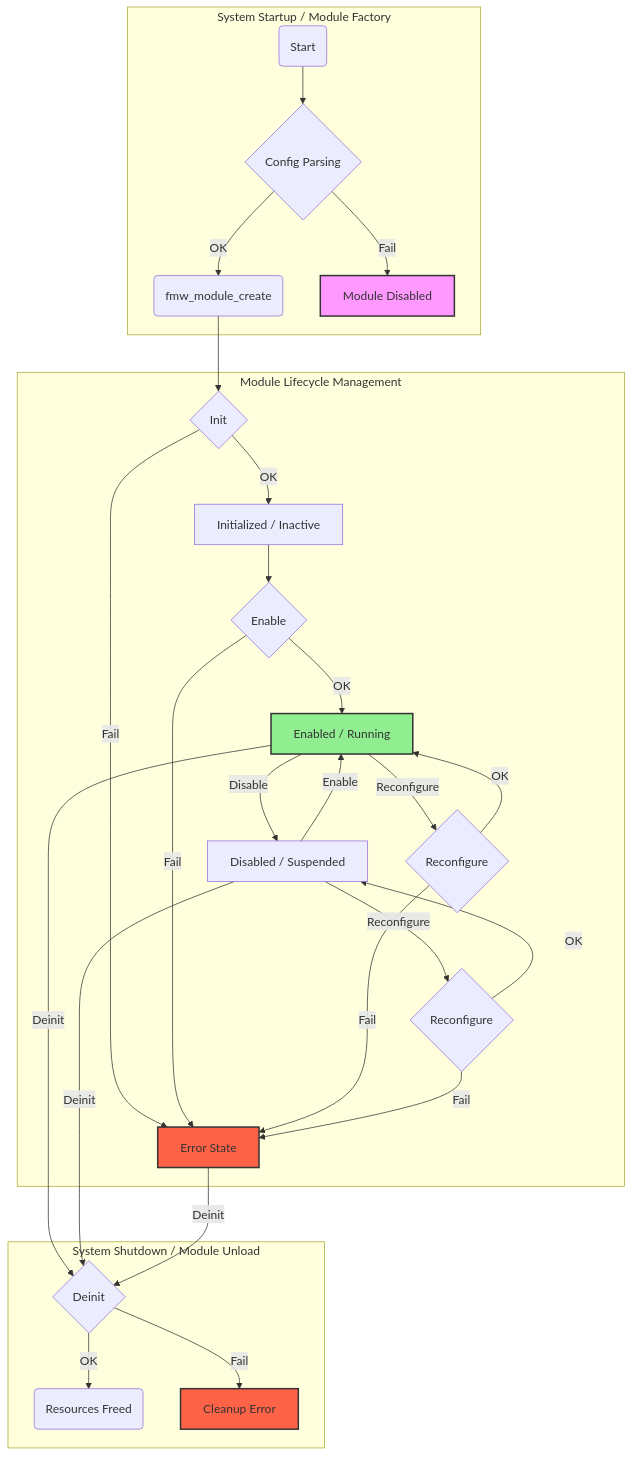
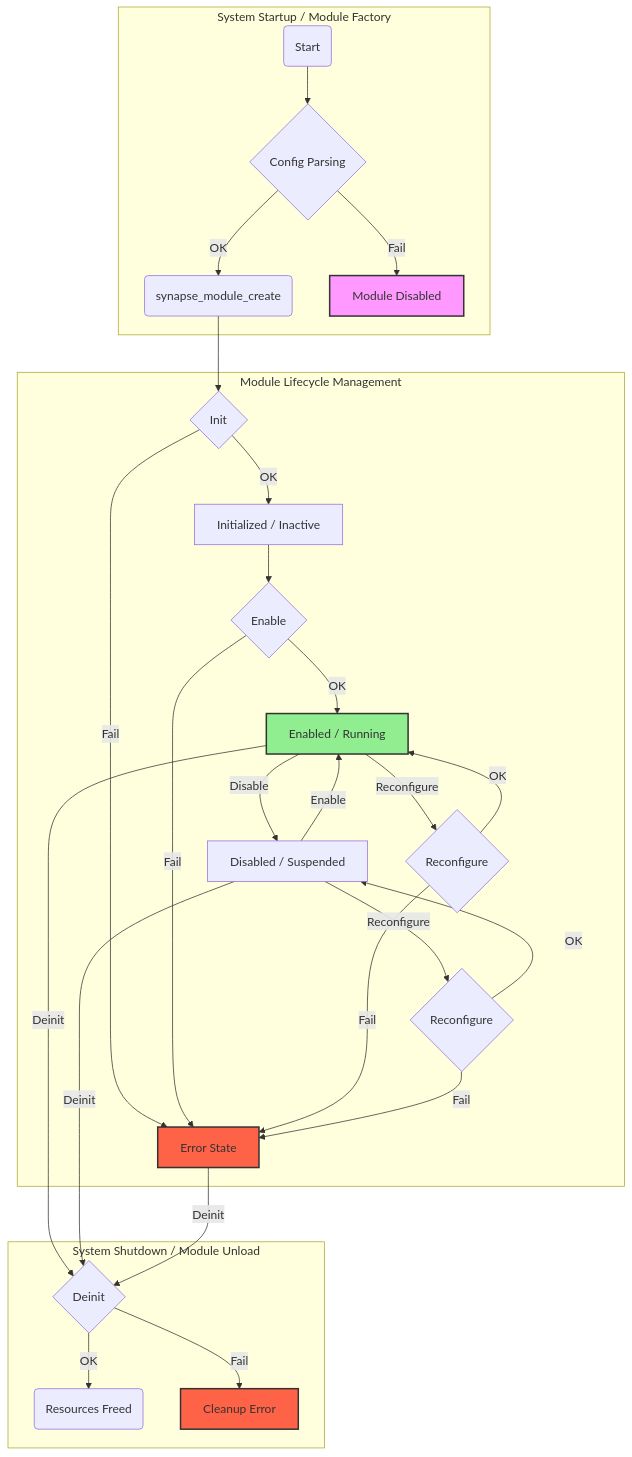
One commit to magradze/synapse changed the diagram in docs/structure/lifecycle_and_init.md. Above: the diagram before and after it, drawn with Mermaid. The commit also changed 170 other files, not shown here.

````diff
--- a/docs/structure/lifecycle_and_init.md
+++ b/docs/structure/lifecycle_and_init.md
@@ -59,43 +59,43 @@
 ```mermaid
 graph TD
     subgraph "System Startup / Module Factory"
         A(Start) --> B{Config Parsing};
-        B -- OK --> C(fmw_module_create);
+        B -- OK --> C(synapse_module_create);
         B -- Fail --> D[Module Disabled];
     end
 
     subgraph "Module Lifecycle Management"
         C --> E{Init};
         E -- OK --> F[Initialized / Inactive];
         E -- Fail --> G[Error State];
 
         F --> H{Enable};
         H -- OK --> I[Enabled / Running];
         H -- Fail --> G;
 
         I -- Disable --> J[Disabled / Suspended];
         J -- Enable --> I;
 
         I -- Reconfigure --> K{Reconfigure};
         K -- OK --> I;
         K -- Fail --> G;
 
         J -- Reconfigure --> L{Reconfigure};
         L -- OK --> J;
         L -- Fail --> G;
     end
 
     subgraph "System Shutdown / Module Unload"
         I -- Deinit --> M{Deinit};
         J -- Deinit --> M;
         G -- Deinit --> M;
 
         M -- OK --> N(Resources Freed);
         M -- Fail --> O[Cleanup Error];
     end
 
     style D fill:#f9f,stroke:#333,stroke-width:2px
     style G fill:#ff6347,stroke:#333,stroke-width:2px
     style O fill:#ff6347,stroke:#333,stroke-width:2px
     style I fill:#90ee90,stroke:#333,stroke-width:2px
 ```
````
